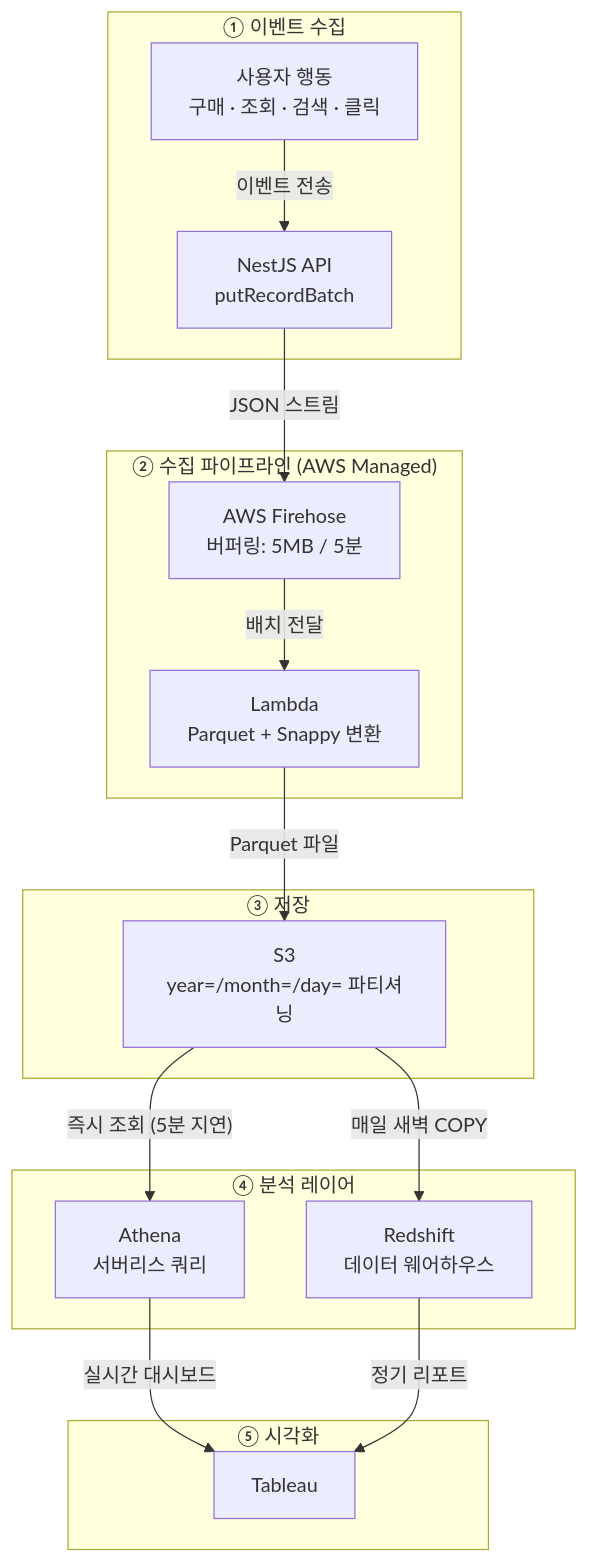
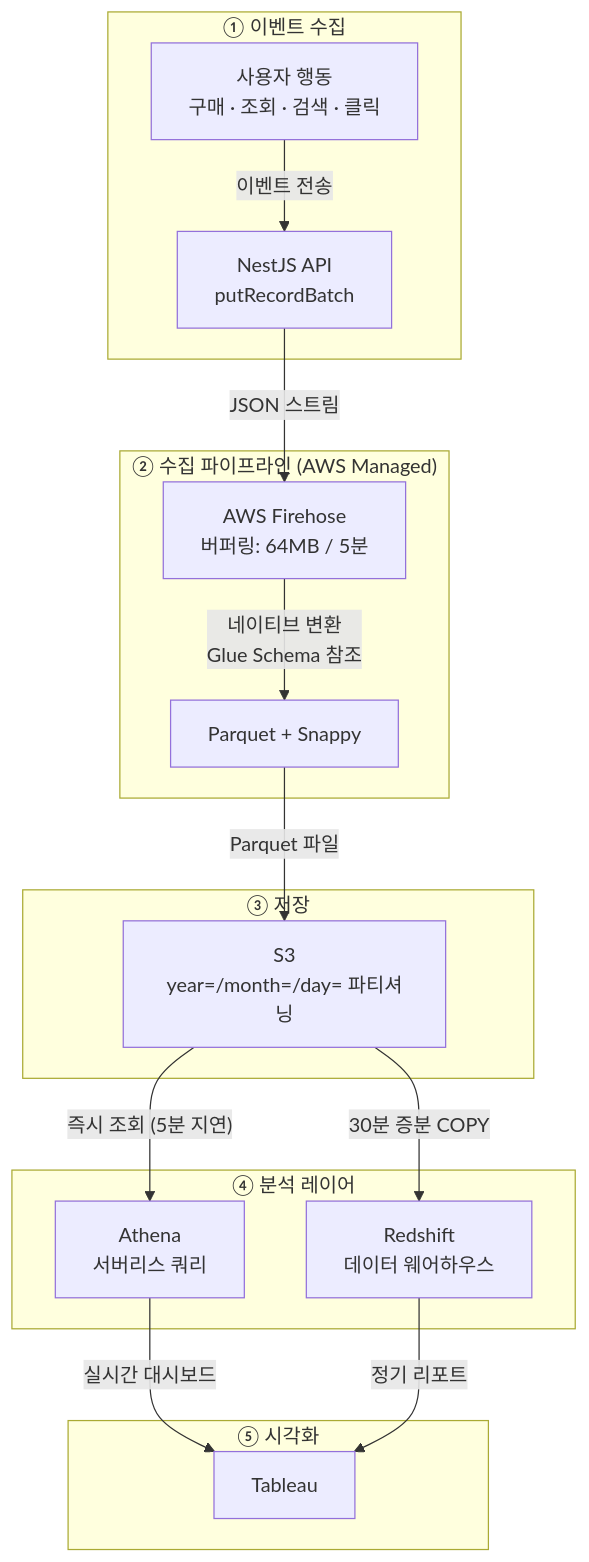
One commit to banggeunho/banggeunho changed the diagram in portfolio/projects/data-pipeline-firehose/index.md. Above: the diagram before and after it, drawn with Mermaid. The commit also changed other lines of this file and 7 other files, not shown here.

````diff
--- a/portfolio/projects/data-pipeline-firehose/index.md
+++ b/portfolio/projects/data-pipeline-firehose/index.md
@@ -104,25 +104,25 @@
 ```mermaid
 graph TB
     subgraph 이벤트_수집["① 이벤트 수집"]
         A[사용자 행동<br/>구매 · 조회 · 검색 · 클릭] -->|이벤트 전송| B[NestJS API<br/>putRecordBatch]
     end
 
     subgraph 수집_파이프라인["② 수집 파이프라인 (AWS Managed)"]
-        B -->|JSON 스트림| C[AWS Firehose<br/>버퍼링: 5MB / 5분]
-        C -->|배치 전달| D[Lambda<br/>Parquet + Snappy 변환]
+        B -->|JSON 스트림| C[AWS Firehose<br/>버퍼링: 64MB / 5분]
+        C -->|네이티브 변환<br/>Glue Schema 참조| D[Parquet + Snappy]
     end
 
     subgraph 저장["③ 저장"]
         D -->|Parquet 파일| E["S3<br/>year=/month=/day= 파티셔닝"]
     end
 
     subgraph 분석_레이어["④ 분석 레이어"]
         E -->|"즉시 조회 (5분 지연)"| F[Athena<br/>서버리스 쿼리]
-        E -->|"매일 새벽 COPY"| G[Redshift<br/>데이터 웨어하우스]
+        E -->|"30분 증분 COPY"| G[Redshift<br/>데이터 웨어하우스]
     end
 
     subgraph 시각화["⑤ 시각화"]
         F -->|실시간 대시보드| H[Tableau]
         G -->|정기 리포트| H
     end
 ```
````
